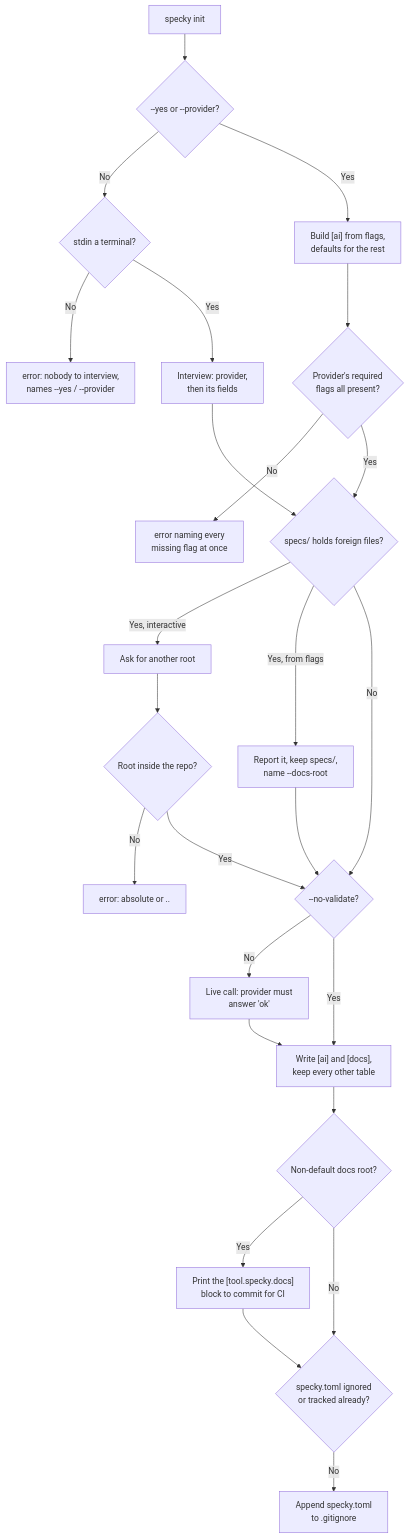
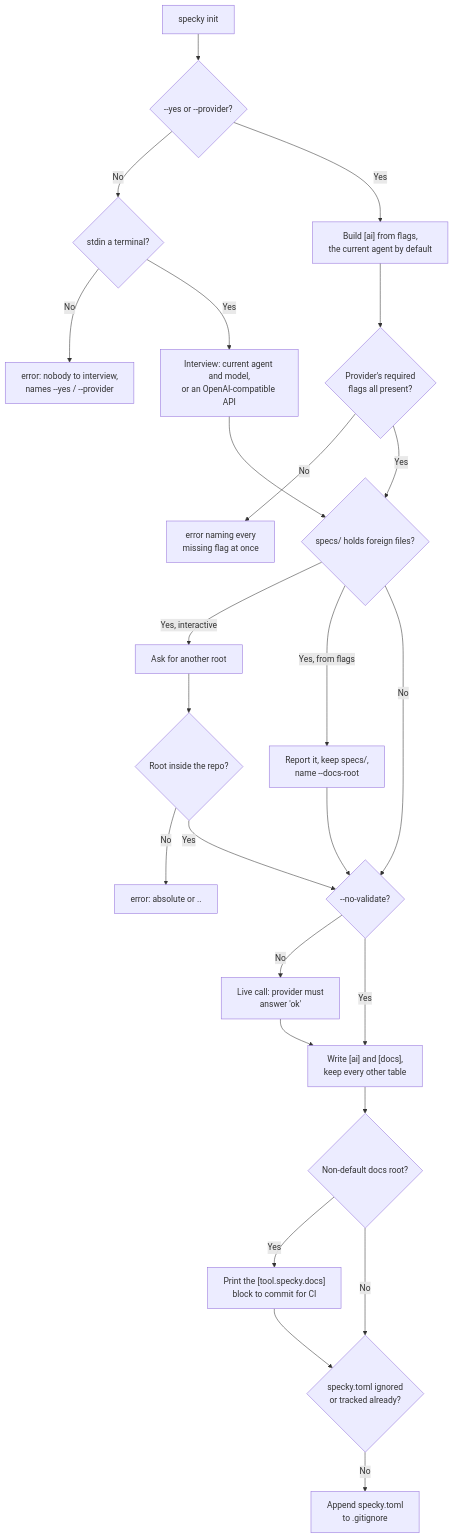
One commit to danyyacoub/specky changed the diagram in specs/cli/init.md. Above: the diagram before and after it, drawn with Mermaid. The commit also changed other lines of this file and 16 other files, not shown here.

First line of the commit message:
feat(cli): configure specky on the current coding agent or an openai-compatible api

````diff
--- a/specs/cli/init.md
+++ b/specs/cli/init.md
@@ -71,27 +79,27 @@
 ```mermaid
 flowchart TD
     A["specky init"] --> B{"--yes or --provider?"}
     B -->|No| C{"stdin a terminal?"}
     C -->|No| D["error: nobody to interview,<br/>names --yes / --provider"]
-    C -->|Yes| E["Interview: provider,<br/>then its fields"]
-    B -->|Yes| F["Build [ai] from flags,<br/>defaults for the rest"]
+    C -->|Yes| E["Interview: current agent and model,<br/>or an OpenAI-compatible API"]
+    B -->|Yes| F["Build [ai] from flags,<br/>the current agent by default"]
     F --> G{"Provider's required<br/>flags all present?"}
     G -->|No| H["error naming every<br/>missing flag at once"]
     E --> I{"specs/ holds foreign files?"}
     G -->|Yes| I
     I -->|Yes, interactive| J["Ask for another root"]
     I -->|Yes, from flags| K["Report it, keep specs/,<br/>name --docs-root"]
     I -->|No| L
     J --> M{"Root inside the repo?"}
     M -->|No| N["error: absolute or .."]
     M -->|Yes| L
     K --> L{"--no-validate?"}
     L -->|No| O["Live call: provider must<br/>answer 'ok'"]
     L -->|Yes| P
     O --> P["Write [ai] and [docs],<br/>keep every other table"]
     P --> Q{"Non-default docs root?"}
     Q -->|Yes| R["Print the [tool.specky.docs]<br/>block to commit for CI"]
     Q -->|No| S
     R --> S{"specky.toml ignored<br/>or tracked already?"}
     S -->|No| T["Append specky.toml<br/>to .gitignore"]
 ```
````
